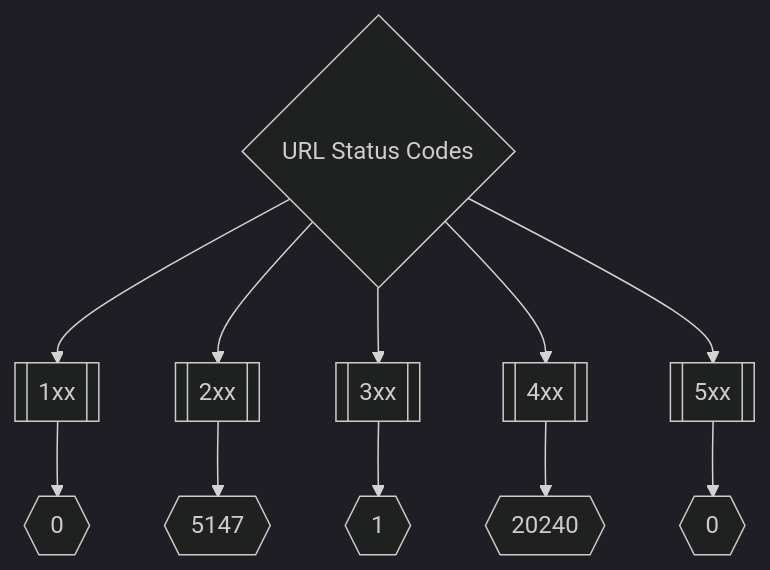
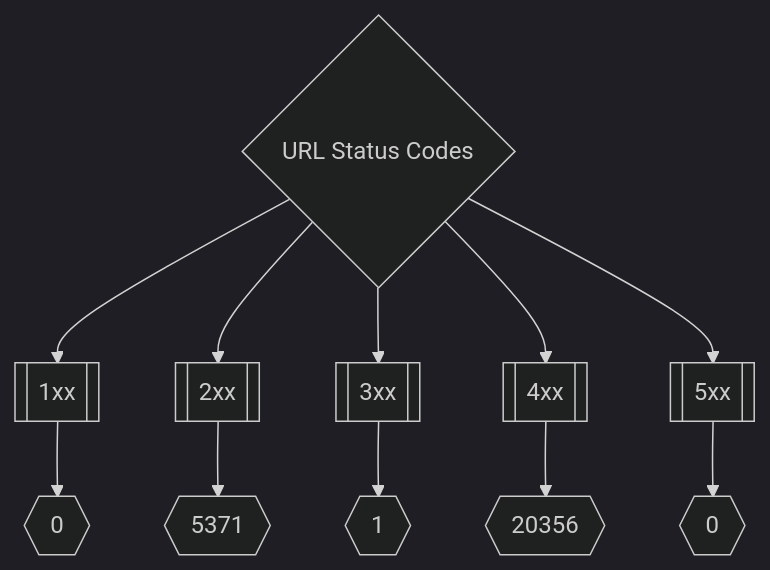
One commit to trickest/inventory changed the second of 3 diagrams in README.md. Above: the diagram before and after it, drawn with Mermaid (dark theme). The commit also changed other lines of this file, not shown here.

Commit message:
Update Mon Mar  7 22:52:46 UTC 2022

````diff
--- a/README.md
+++ b/README.md
@@ -173,8 +173,8 @@
 ```mermaid
 graph TD
 title{URL Status Codes} --> 1xx[[1xx]] --> status1xxNum{{0}}
-title --> 2xx[[2xx]] --> status2xxNum{{5147}}
+title --> 2xx[[2xx]] --> status2xxNum{{5371}}
 title --> 3xx[[3xx]] --> status3xxNum{{1}}
-title --> 4xx[[4xx]] --> status4xxNum{{20240}}
+title --> 4xx[[4xx]] --> status4xxNum{{20356}}
 title --> 5xx[[5xx]] --> status5xxNum{{0}}
 ```
````
